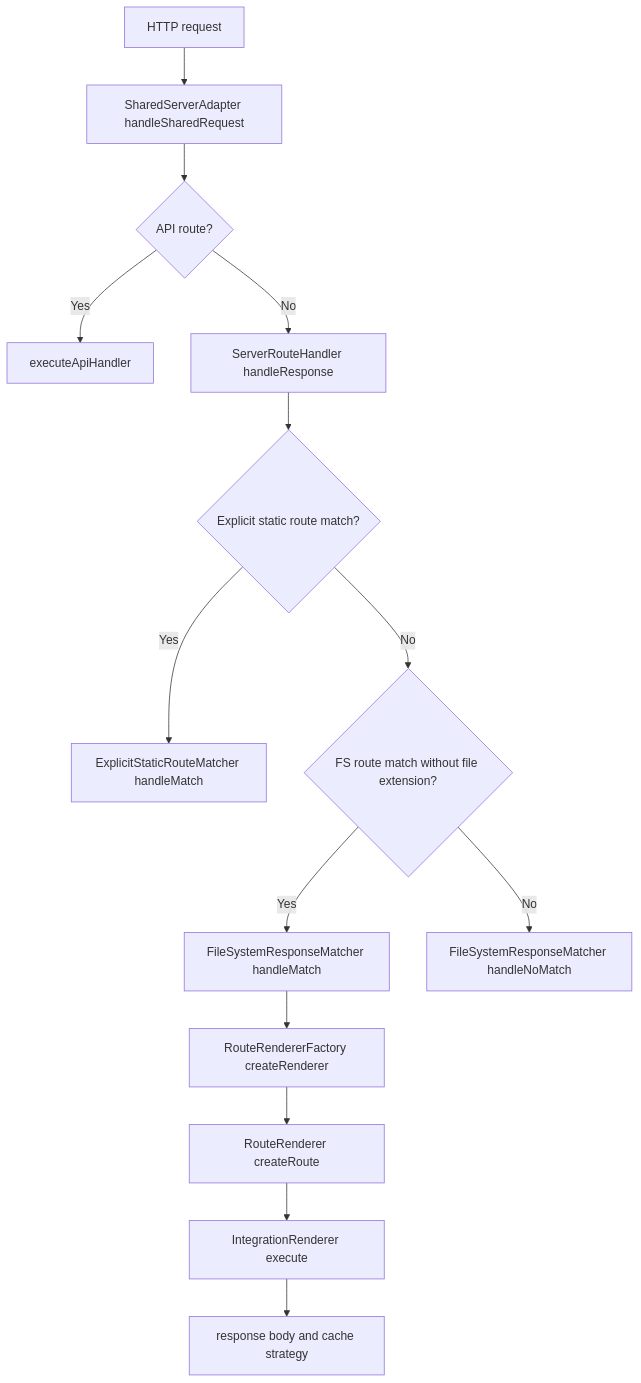
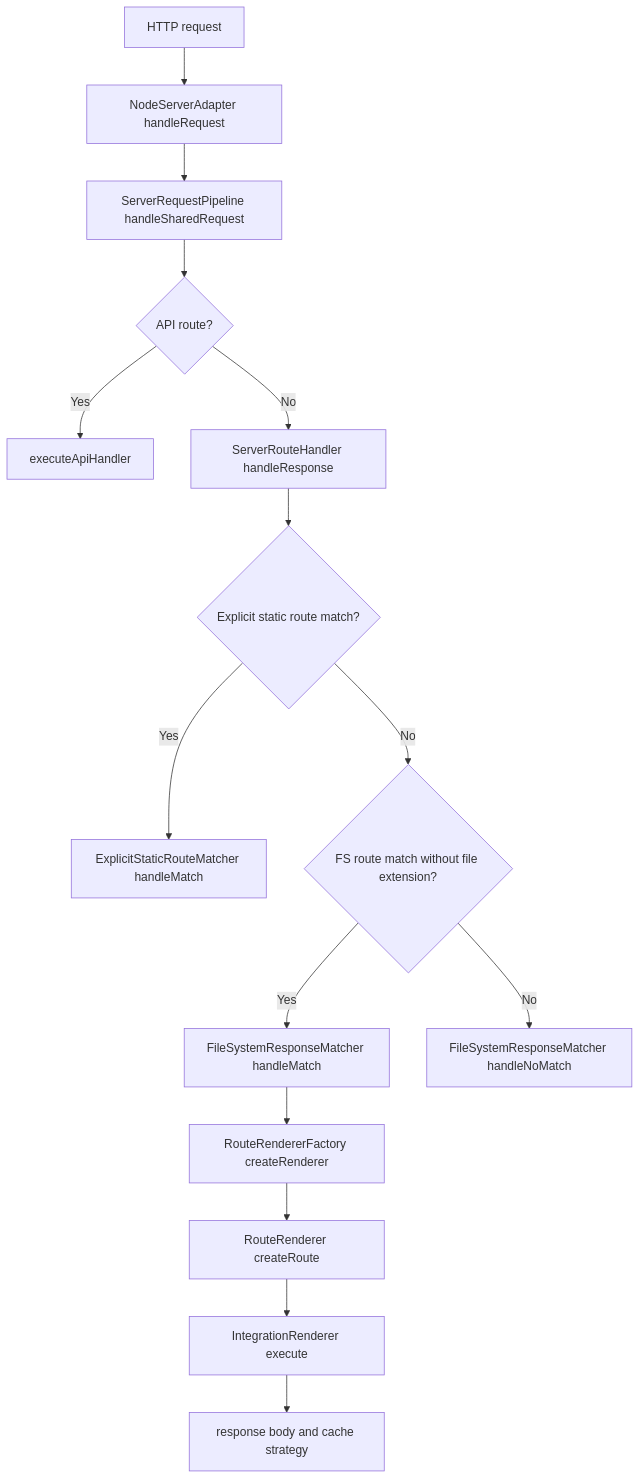
The first of 5 diagrams in packages/core/src/route-renderer/GRAPH.md (ecopages/ecopages), drawn with Mermaid before and after one commit. The commit also changed 40 other files, not shown here.

````diff
--- a/packages/core/src/route-renderer/GRAPH.md
+++ b/packages/core/src/route-renderer/GRAPH.md
@@ -15,18 +15,19 @@
 ```mermaid
 flowchart TD
-  A[HTTP request] --> B[SharedServerAdapter handleSharedRequest]
-  B --> C{API route?}
-  C -- Yes --> D[executeApiHandler]
-  C -- No --> E[ServerRouteHandler handleResponse]
+  A[HTTP request] --> B[NodeServerAdapter handleRequest]
+  B --> C[ServerRequestPipeline handleSharedRequest]
+  C --> D{API route?}
+  D -- Yes --> E[executeApiHandler]
+  D -- No --> F[ServerRouteHandler handleResponse]
 
-  E --> F{Explicit static route match?}
-  F -- Yes --> G[ExplicitStaticRouteMatcher handleMatch]
-  F -- No --> H{FS route match without file extension?}
-  H -- Yes --> I[FileSystemResponseMatcher handleMatch]
-  H -- No --> J[FileSystemResponseMatcher handleNoMatch]
+  F --> G{Explicit static route match?}
+  G -- Yes --> H[ExplicitStaticRouteMatcher handleMatch]
+  G -- No --> I{FS route match without file extension?}
+  I -- Yes --> J[FileSystemResponseMatcher handleMatch]
+  I -- No --> K[FileSystemResponseMatcher handleNoMatch]
 
-  I --> K[RouteRendererFactory createRenderer]
-  K --> L[RouteRenderer createRoute]
-  L --> M[IntegrationRenderer execute]
-  M --> N[response body and cache strategy]
+  J --> L[RouteRendererFactory createRenderer]
+  L --> M[RouteRenderer createRoute]
+  M --> N[IntegrationRenderer execute]
+  N --> O[response body and cache strategy]
 ```
````
